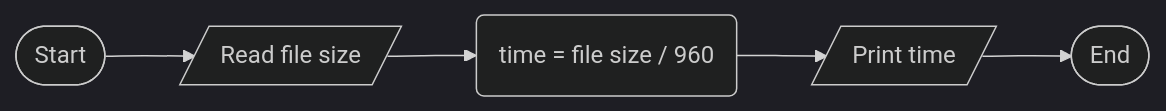
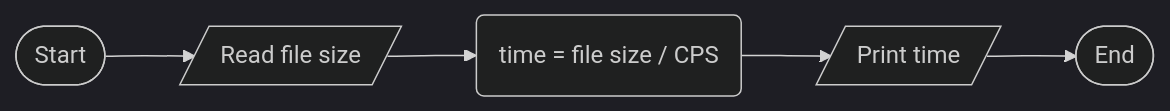
One commit to SWEG-2015EC-Batch/Byte-Bandits changed the diagram in ETS1512_15_ZERUBBABEL_MESSELE/ch-2-PE/q6/ch-2 PE q6.md. Above: the diagram before and after it, drawn with Mermaid (dark theme).

Commit message:
Update ch-2 PE q6.md

````diff
--- a/ETS1512_15_ZERUBBABEL_MESSELE/ch-2-PE/q6/ch-2 PE q6.md
+++ b/ETS1512_15_ZERUBBABEL_MESSELE/ch-2-PE/q6/ch-2 PE q6.md
@@ -19,13 +19,13 @@
 ```mermaid
 graph LR;
 id1([Start]);
 id2[/Read file size/];
-id3(time = file size / 960);
+id3(time = file size / CPS);
 id4[/Print time/];
 id5([End]);
 id1-->id2;
 id2-->id3;
 id3-->id4;
 id4-->id5;
 
 ```
````
